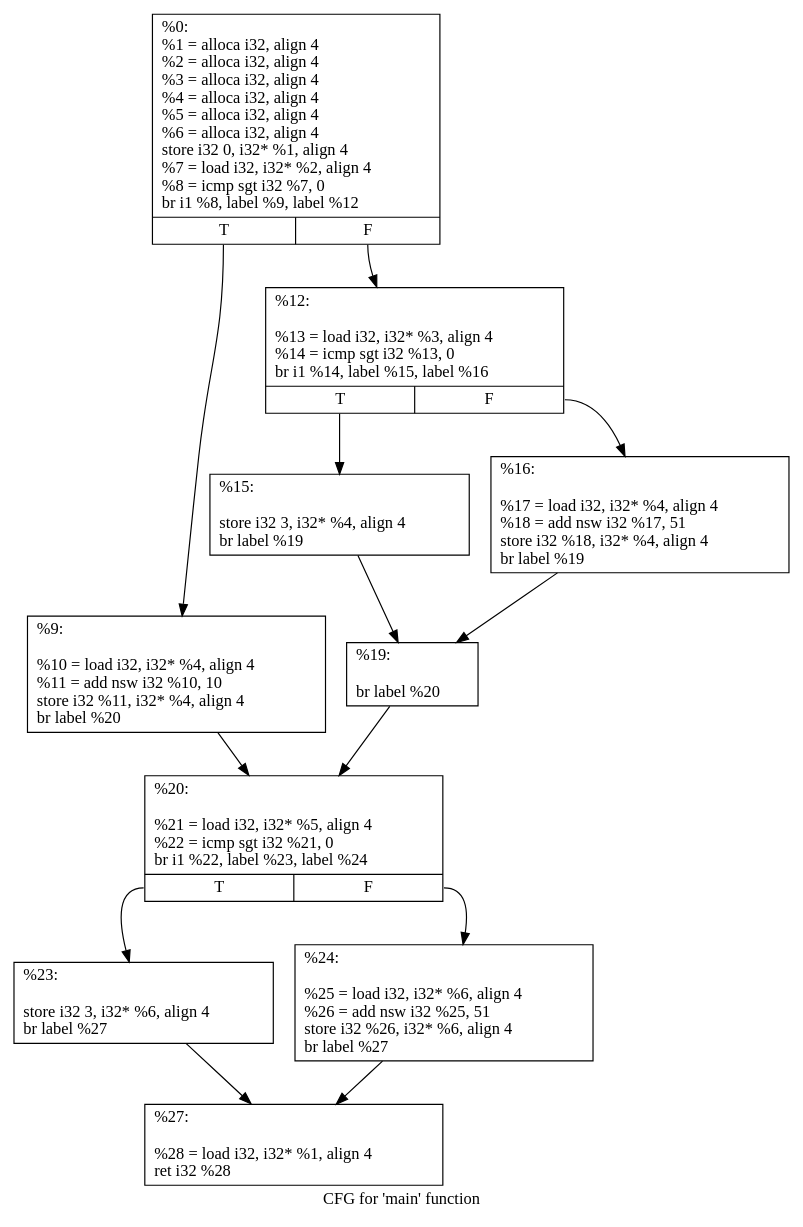
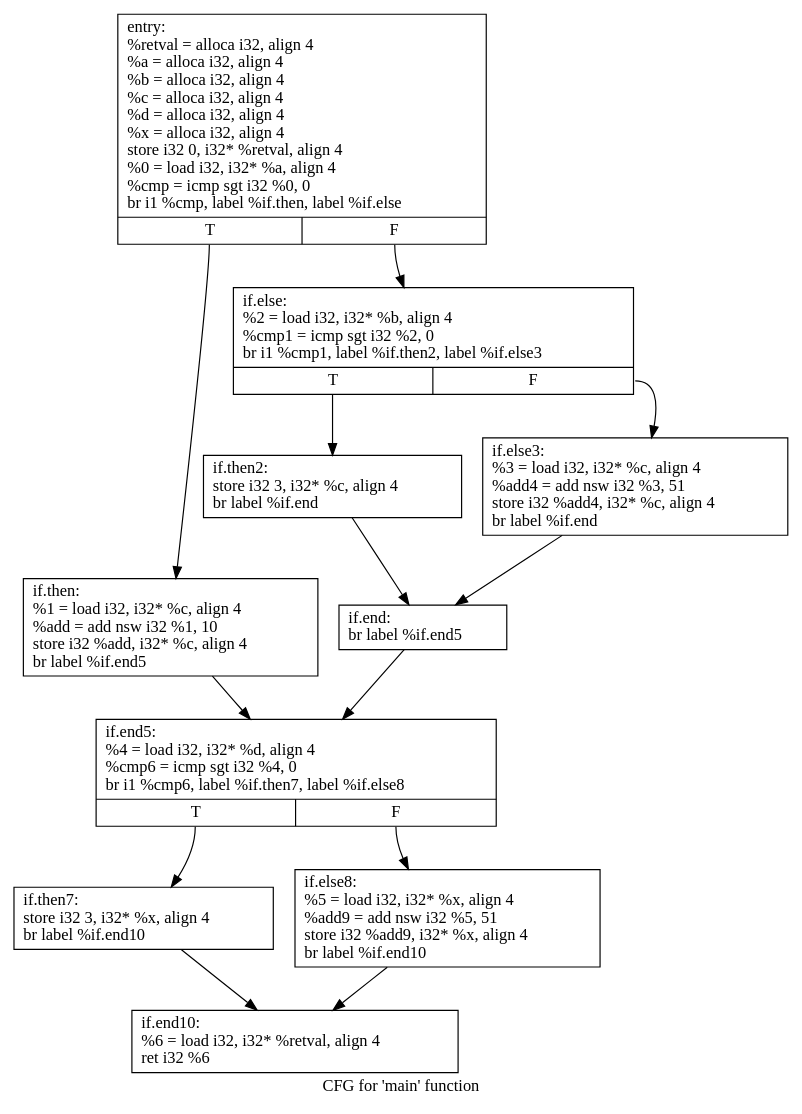
Before and after one commit to hjw95/program-analysis: the diagram in graphs/test4.dot, drawn with Graphviz. The commit also changed 18 other files, not shown here.

Commit message:
Add graph for assignment 2

```diff
--- a/graphs/test4.dot
+++ b/graphs/test4.dot
@@ -1,26 +1,26 @@
 digraph "CFG for 'main' function" {
 	label="CFG for 'main' function";
 
-	Node0x55b43ea93910 [shape=record,label="{%0:\l  %1 = alloca i32, align 4\l  %2 = alloca i32, align 4\l  %3 = alloca i32, align 4\l  %4 = alloca i32, align 4\l  %5 = alloca i32, align 4\l  %6 = alloca i32, align 4\l  store i32 0, i32* %1, align 4\l  %7 = load i32, i32* %2, align 4\l  %8 = icmp sgt i32 %7, 0\l  br i1 %8, label %9, label %12\l|{<s0>T|<s1>F}}"];
-	Node0x55b43ea93910:s0 -> Node0x55b43ea941b0;
-	Node0x55b43ea93910:s1 -> Node0x55b43ea94410;
-	Node0x55b43ea941b0 [shape=record,label="{%9:\l\l  %10 = load i32, i32* %4, align 4\l  %11 = add nsw i32 %10, 10\l  store i32 %11, i32* %4, align 4\l  br label %20\l}"];
-	Node0x55b43ea941b0 -> Node0x55b43ea94620;
-	Node0x55b43ea94410 [shape=record,label="{%12:\l\l  %13 = load i32, i32* %3, align 4\l  %14 = icmp sgt i32 %13, 0\l  br i1 %14, label %15, label %16\l|{<s0>T|<s1>F}}"];
-	Node0x55b43ea94410:s0 -> Node0x55b43ea947a0;
-	Node0x55b43ea94410:s1 -> Node0x55b43ea947f0;
-	Node0x55b43ea947a0 [shape=record,label="{%15:\l\l  store i32 3, i32* %4, align 4\l  br label %19\l}"];
-	Node0x55b43ea947a0 -> Node0x55b43ea94930;
-	Node0x55b43ea947f0 [shape=record,label="{%16:\l\l  %17 = load i32, i32* %4, align 4\l  %18 = add nsw i32 %17, 51\l  store i32 %18, i32* %4, align 4\l  br label %19\l}"];
-	Node0x55b43ea947f0 -> Node0x55b43ea94930;
-	Node0x55b43ea94930 [shape=record,label="{%19:\l\l  br label %20\l}"];
-	Node0x55b43ea94930 -> Node0x55b43ea94620;
-	Node0x55b43ea94620 [shape=record,label="{%20:\l\l  %21 = load i32, i32* %5, align 4\l  %22 = icmp sgt i32 %21, 0\l  br i1 %22, label %23, label %24\l|{<s0>T|<s1>F}}"];
-	Node0x55b43ea94620:s0 -> Node0x55b43ea94cf0;
-	Node0x55b43ea94620:s1 -> Node0x55b43ea94d40;
-	Node0x55b43ea94cf0 [shape=record,label="{%23:\l\l  store i32 3, i32* %6, align 4\l  br label %27\l}"];
-	Node0x55b43ea94cf0 -> Node0x55b43ea94e10;
-	Node0x55b43ea94d40 [shape=record,label="{%24:\l\l  %25 = load i32, i32* %6, align 4\l  %26 = add nsw i32 %25, 51\l  store i32 %26, i32* %6, align 4\l  br label %27\l}"];
-	Node0x55b43ea94d40 -> Node0x55b43ea94e10;
-	Node0x55b43ea94e10 [shape=record,label="{%27:\l\l  %28 = load i32, i32* %1, align 4\l  ret i32 %28\l}"];
+	Node0x5591899989b0 [shape=record,label="{entry:\l  %retval = alloca i32, align 4\l  %a = alloca i32, align 4\l  %b = alloca i32, align 4\l  %c = alloca i32, align 4\l  %d = alloca i32, align 4\l  %x = alloca i32, align 4\l  store i32 0, i32* %retval, align 4\l  %0 = load i32, i32* %a, align 4\l  %cmp = icmp sgt i32 %0, 0\l  br i1 %cmp, label %if.then, label %if.else\l|{<s0>T|<s1>F}}"];
+	Node0x5591899989b0:s0 -> Node0x5591899995e0;
+	Node0x5591899989b0:s1 -> Node0x5591899996b0;
+	Node0x5591899995e0 [shape=record,label="{if.then:                                          \l  %1 = load i32, i32* %c, align 4\l  %add = add nsw i32 %1, 10\l  store i32 %add, i32* %c, align 4\l  br label %if.end5\l}"];
+	Node0x5591899995e0 -> Node0x5591899998c0;
+	Node0x5591899996b0 [shape=record,label="{if.else:                                          \l  %2 = load i32, i32* %b, align 4\l  %cmp1 = icmp sgt i32 %2, 0\l  br i1 %cmp1, label %if.then2, label %if.else3\l|{<s0>T|<s1>F}}"];
+	Node0x5591899996b0:s0 -> Node0x559189999c30;
+	Node0x5591899996b0:s1 -> Node0x559189999d10;
+	Node0x559189999c30 [shape=record,label="{if.then2:                                         \l  store i32 3, i32* %c, align 4\l  br label %if.end\l}"];
+	Node0x559189999c30 -> Node0x559189999ea0;
+	Node0x559189999d10 [shape=record,label="{if.else3:                                         \l  %3 = load i32, i32* %c, align 4\l  %add4 = add nsw i32 %3, 51\l  store i32 %add4, i32* %c, align 4\l  br label %if.end\l}"];
+	Node0x559189999d10 -> Node0x559189999ea0;
+	Node0x559189999ea0 [shape=record,label="{if.end:                                           \l  br label %if.end5\l}"];
+	Node0x559189999ea0 -> Node0x5591899998c0;
+	Node0x5591899998c0 [shape=record,label="{if.end5:                                          \l  %4 = load i32, i32* %d, align 4\l  %cmp6 = icmp sgt i32 %4, 0\l  br i1 %cmp6, label %if.then7, label %if.else8\l|{<s0>T|<s1>F}}"];
+	Node0x5591899998c0:s0 -> Node0x55918999a1f0;
+	Node0x5591899998c0:s1 -> Node0x55918999a2a0;
+	Node0x55918999a1f0 [shape=record,label="{if.then7:                                         \l  store i32 3, i32* %x, align 4\l  br label %if.end10\l}"];
+	Node0x55918999a1f0 -> Node0x55918999a400;
+	Node0x55918999a2a0 [shape=record,label="{if.else8:                                         \l  %5 = load i32, i32* %x, align 4\l  %add9 = add nsw i32 %5, 51\l  store i32 %add9, i32* %x, align 4\l  br label %if.end10\l}"];
+	Node0x55918999a2a0 -> Node0x55918999a400;
+	Node0x55918999a400 [shape=record,label="{if.end10:                                         \l  %6 = load i32, i32* %retval, align 4\l  ret i32 %6\l}"];
 }
```
